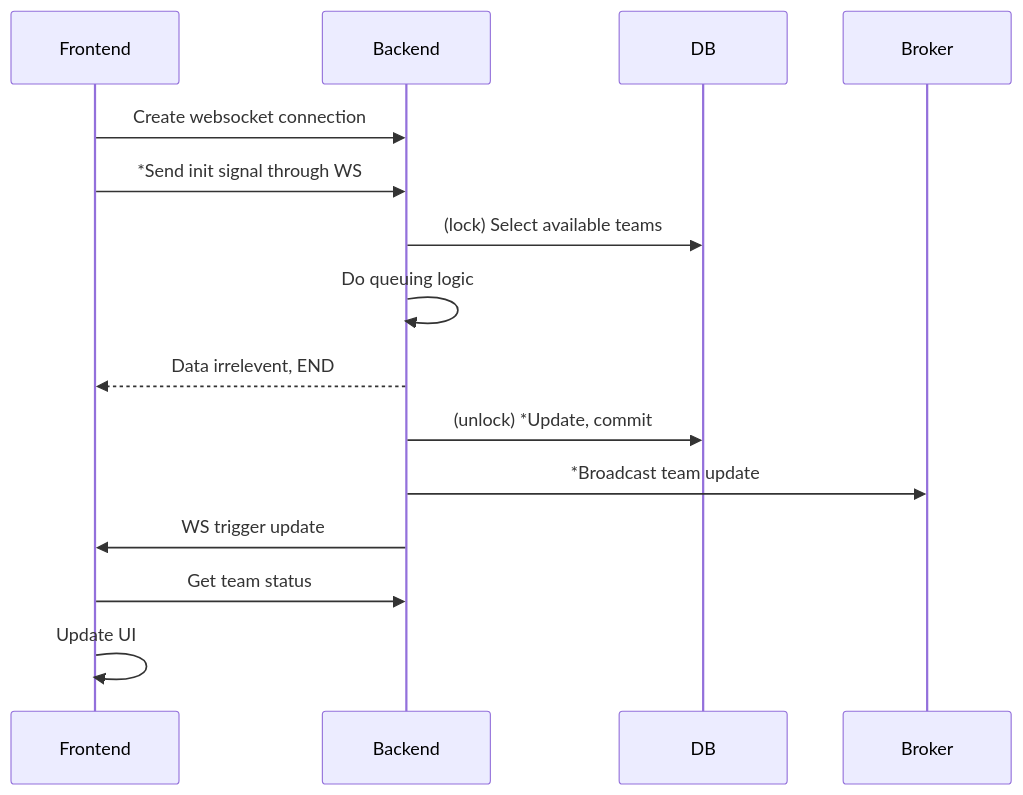
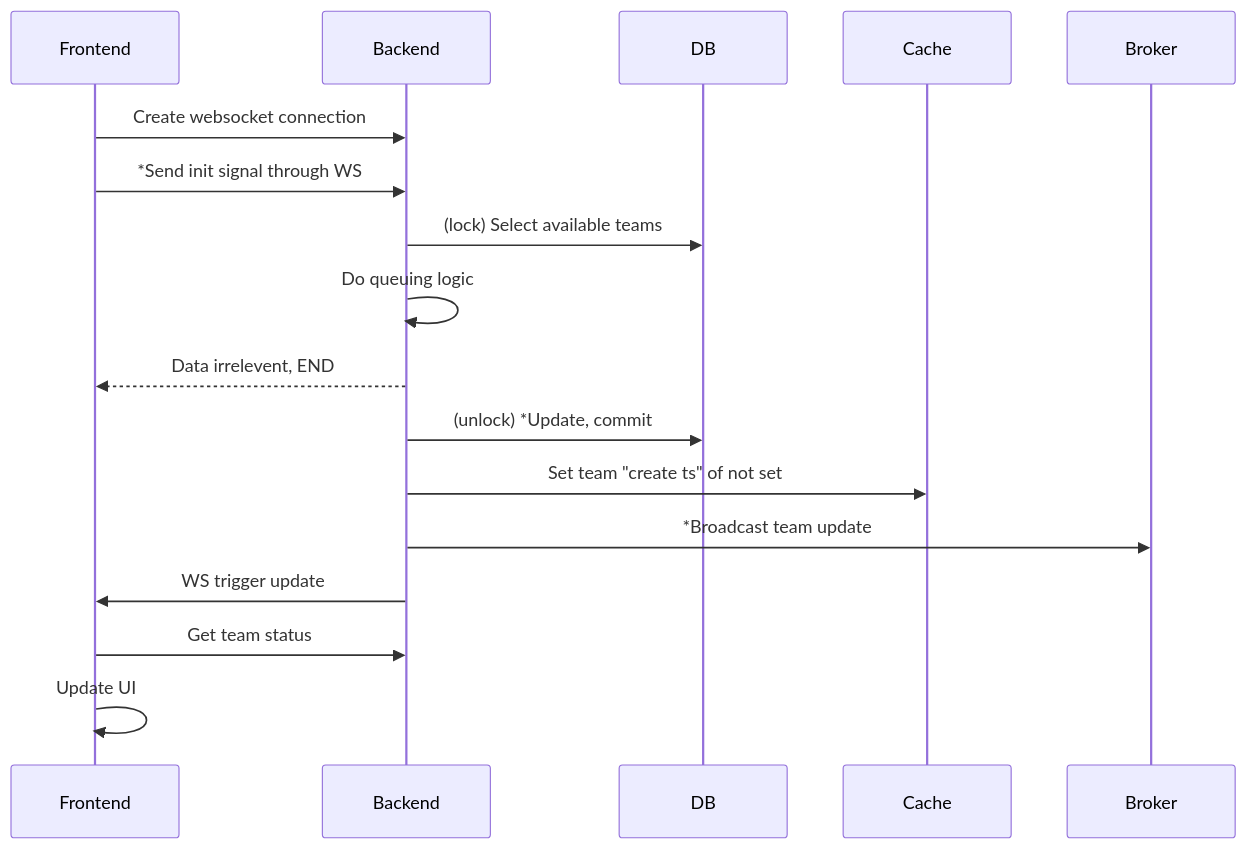
Before and after one commit to AlexFangSW/Typephoon: the third of 5 diagrams in docs/workflows/lobby_multi.md, drawn with Mermaid. The commit also changed other lines of this file, not shown here.

````diff
--- a/docs/workflows/lobby_multi.md
+++ b/docs/workflows/lobby_multi.md
@@ -48,13 +49,14 @@
 ```mermaid
 sequenceDiagram
     Frontend ->> Backend: Create websocket connection 
     Frontend ->> Backend: *Send init signal through WS
     Backend ->> DB: (lock) Select available teams 
     Backend ->> Backend: Do queuing logic
     Backend -->> Frontend: Data irrelevent, END
     Backend ->> DB: (unlock) *Update, commit
+    Backend ->> Cache: Set team "create ts" of not set
     Backend ->> Broker: *Broadcast team update
     Backend ->> Frontend: WS trigger update
     Frontend ->> Backend: Get team status
     Frontend ->> Frontend: Update UI
 ```
````
